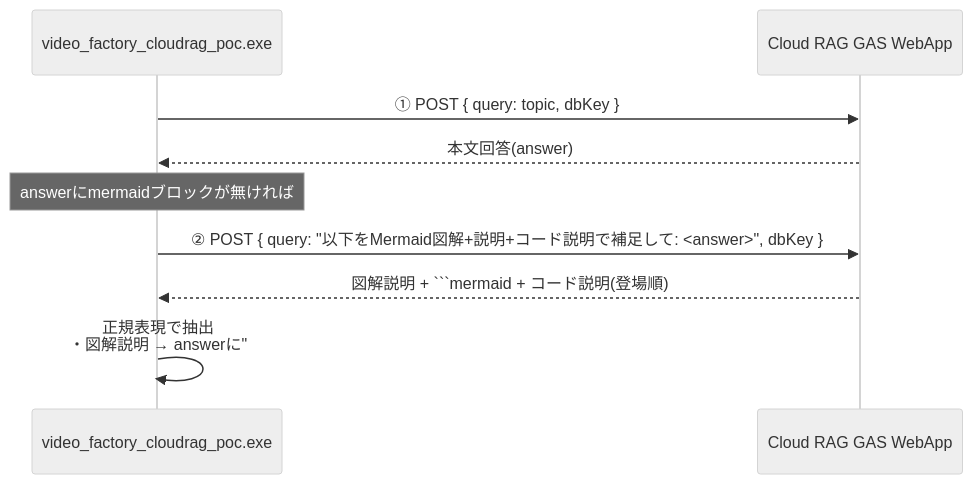
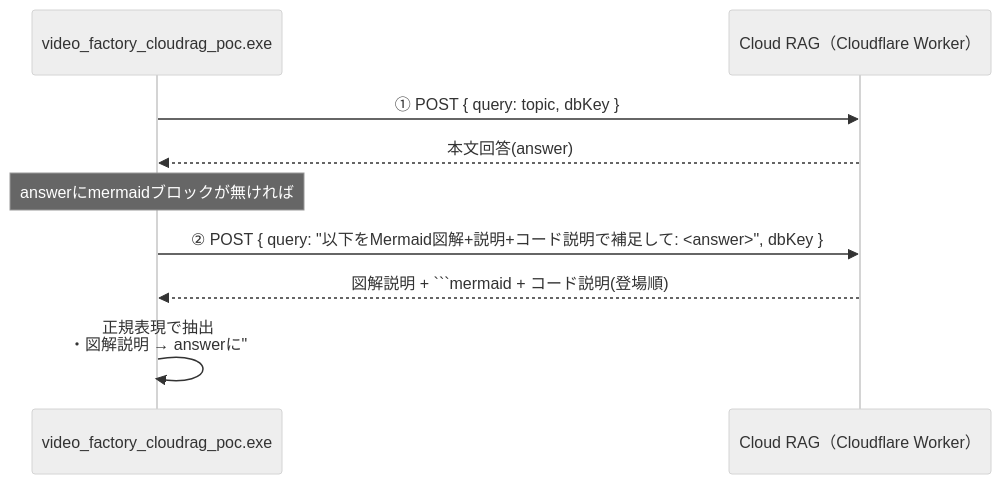
One commit to manato1201/RAGReel changed the sixth of 17 diagrams in docs/technical-reference.md. Above: the diagram before and after it, drawn with Mermaid (neutral theme). The commit also changed other lines of this file and 8 other files, not shown here.

First line of the commit message:
GAS の Cloud RAG クライアントを、Cloudflare Worker のクライアントに置き換え

````diff
--- a/docs/technical-reference.md
+++ b/docs/technical-reference.md
@@ -262,15 +264,15 @@
 ```mermaid
 sequenceDiagram
     participant App as video_factory_cloudrag_poc.exe
-    participant GAS as Cloud RAG GAS WebApp
+    participant GAS as Cloud RAG（Cloudflare Worker）
 
     App->>GAS: ① POST { query: topic, dbKey }
     GAS-->>App: 本文回答(answer)
 
     Note over App: answerにmermaidブロックが無ければ
 
     App->>GAS: ② POST { query: "以下をMermaid図解+説明+コード説明で補足して: <answer>", dbKey }
     GAS-->>App: 図解説明 + ```mermaid + コード説明(登場順)
 
     App->>App: 正規表現で抽出<br/>・図解説明 → answerに"## 図解"セクションとして合成<br/>・コード説明[] → ナレーション生成時に順番通り差し込み
 ```
````
